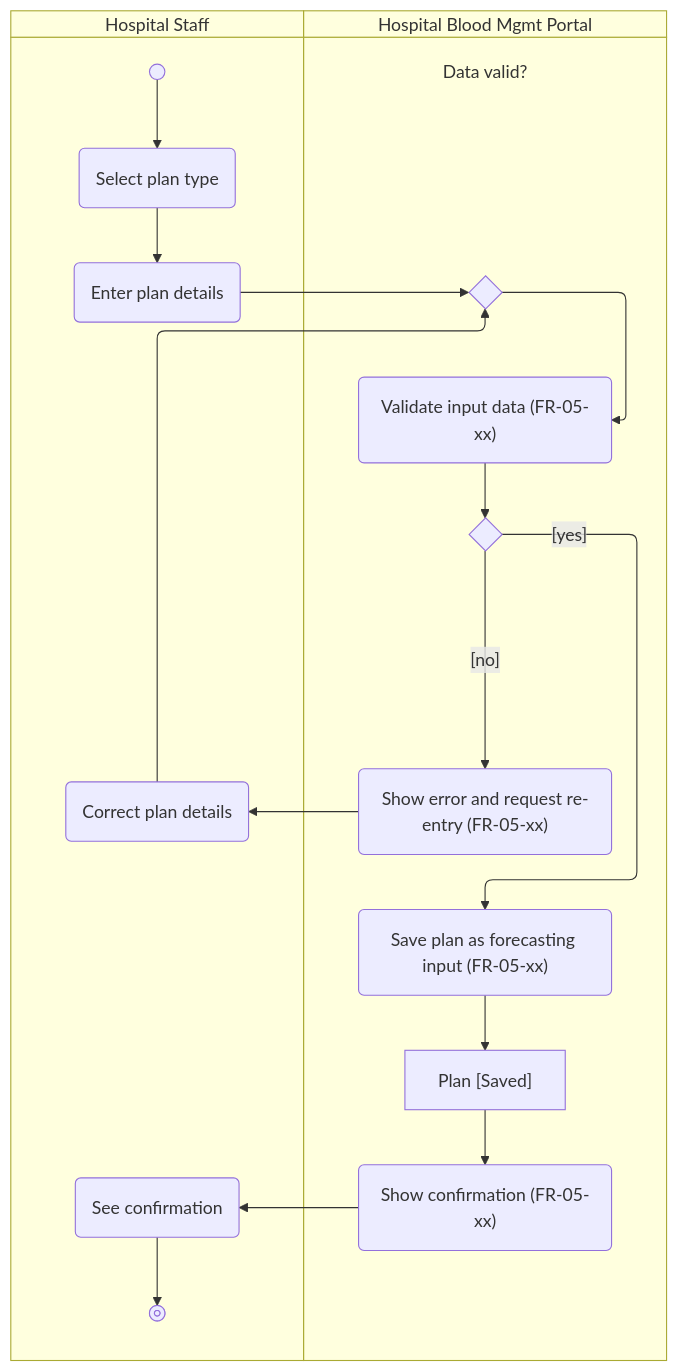
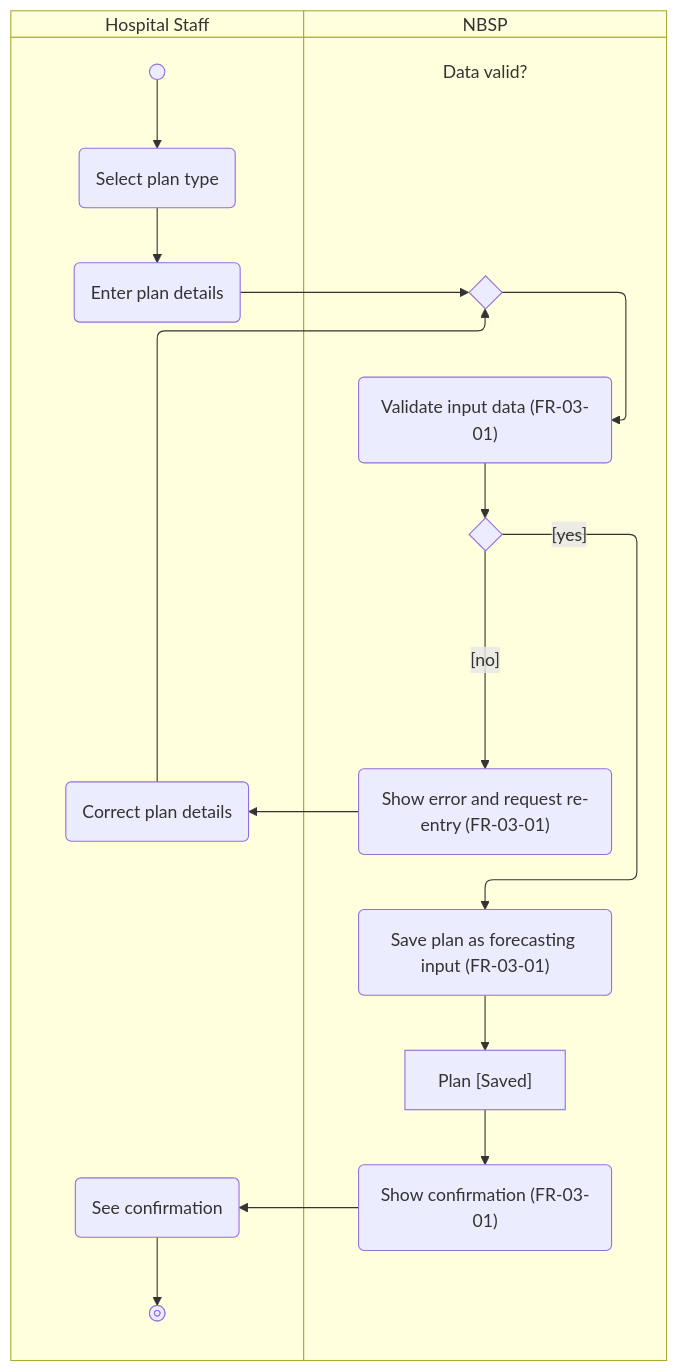
One commit to Nhan2772/DBIZ2-GROUPC-NationalBloodSupplyPlatform changed the diagram in activity/AD-UC-05.md. Above: the diagram before and after it, drawn with Mermaid. The commit also changed other lines of this file and 7 other files, not shown here.

````diff
--- a/activity/AD-UC-05.md
+++ b/activity/AD-UC-05.md
@@ -22,25 +22,25 @@
 ```mermaid
 swimlane-beta TB
   subgraph STF["Hospital Staff"]
     start@{ shape: sm-circ }
     a1("Select plan type")
     a2("Enter plan details")
     a3("Correct plan details")
     a4("See confirmation")
     stop1@{ shape: fr-circ }
   end
-  subgraph SYS["Hospital Blood Mgmt Portal"]
+  subgraph SYS["NBSP"]
     m1{" "}
-    s1("Validate input data (FR-05-xx)")
+    s1("Validate input data (FR-03-01)")
     q1@{ shape: text, label: "Data valid?" }
     d1{" "}
-    s2("Show error and request re-entry (FR-05-xx)")
-    s3("Save plan as forecasting input (FR-05-xx)")
+    s2("Show error and request re-entry (FR-03-01)")
+    s3("Save plan as forecasting input (FR-03-01)")
     o1["Plan [Saved]"]
-    s4("Show confirmation (FR-05-xx)")
+    s4("Show confirmation (FR-03-01)")
   end
   start --> a1 --> a2 --> m1 --> s1 --> d1
   q1 ~~~ d1
   d1 -->|"[no]"| s2 --> a3 --> m1
   d1 -->|"[yes]"| s3 --> o1 --> s4 --> a4 --> stop1
 ```
````
